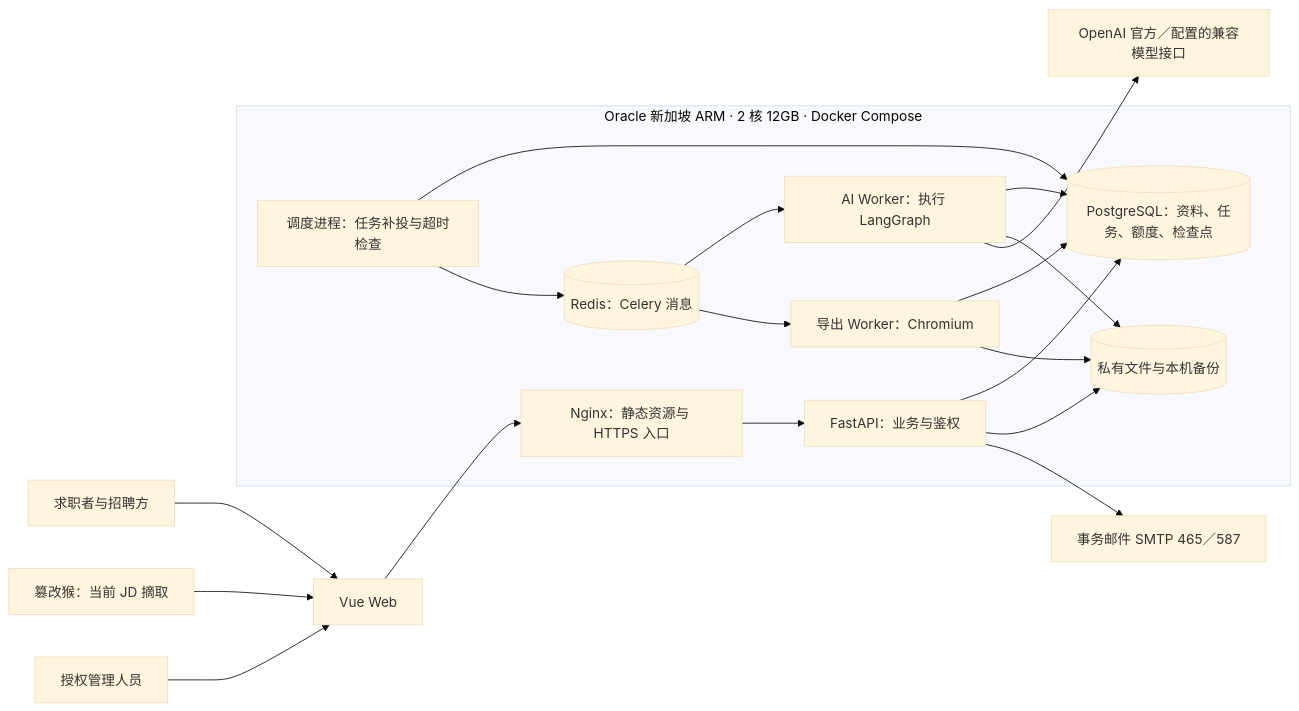
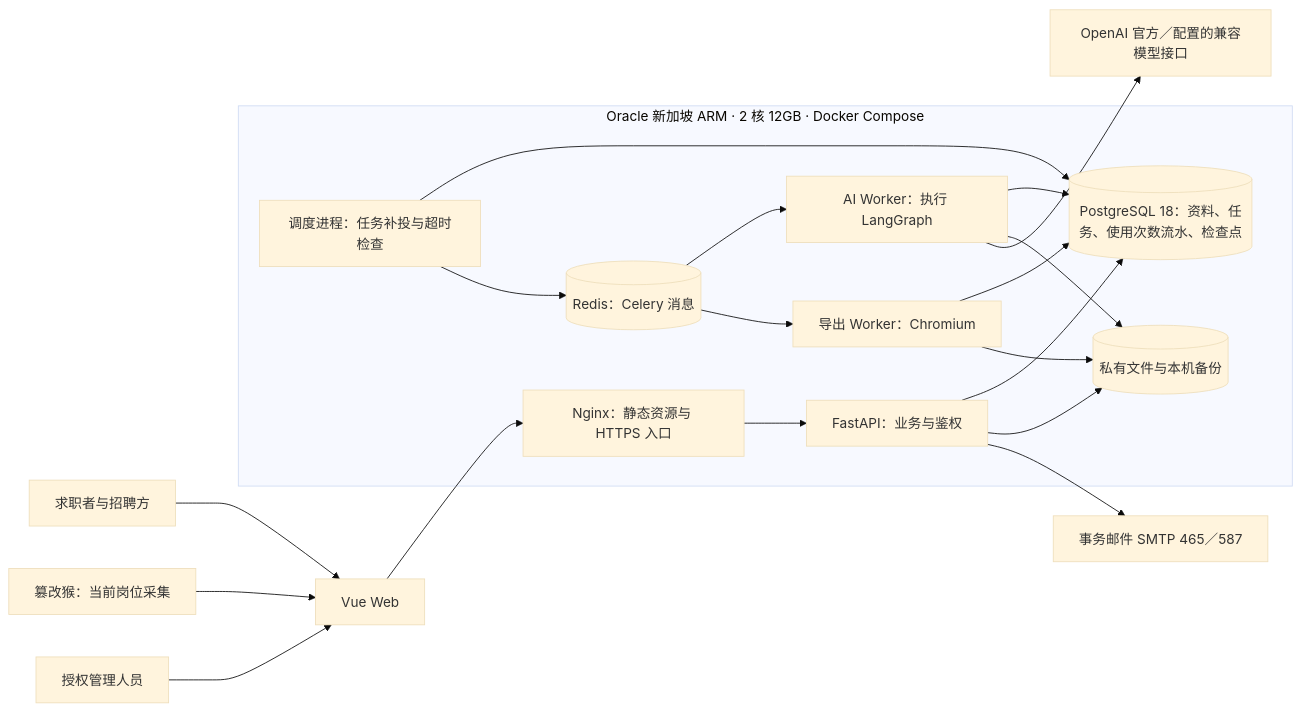
Before and after one commit to ld0574/Purslyx: the first of 2 diagrams in docs/02-technical/技术架构.md, drawn with Mermaid (base theme). The commit also changed other lines of this file and 4 other files, not shown here.

````diff
--- a/docs/02-technical/技术架构.md
+++ b/docs/02-technical/技术架构.md
@@ -34,30 +34,30 @@
 ```mermaid
 flowchart LR
     User[求职者与招聘方] --> Web[Vue Web]
-    Script[篡改猴：当前 JD 摘取] --> Web
+    Script[篡改猴：当前岗位采集] --> Web
     Admin[授权管理人员] --> Web
     subgraph Host[Oracle 新加坡 ARM · 2 核 12GB · Docker Compose]
         Gateway[Nginx：静态资源与 HTTPS 入口]
         API[FastAPI：业务与鉴权]
-        DB[(PostgreSQL：资料、任务、额度、检查点)]
+        DB[(PostgreSQL 18：资料、任务、使用次数流水、检查点)]
         Queue[(Redis：Celery 消息)]
         Dispatch[调度进程：任务补投与超时检查]
         AIWorker[AI Worker：执行 LangGraph]
         DocWorker[导出 Worker：Chromium]
         Disk[(私有文件与本机备份)]
         Gateway --> API
         API --> DB
         API --> Disk
         Dispatch --> DB
         Dispatch --> Queue
         Queue --> AIWorker
         Queue --> DocWorker
         AIWorker --> DB
         AIWorker --> Disk
         DocWorker --> DB
         DocWorker --> Disk
     end
     Web --> Gateway
     AIWorker --> Model[OpenAI 官方／配置的兼容模型接口]
     API --> SMTP[事务邮件 SMTP 465／587]
 ```
````
